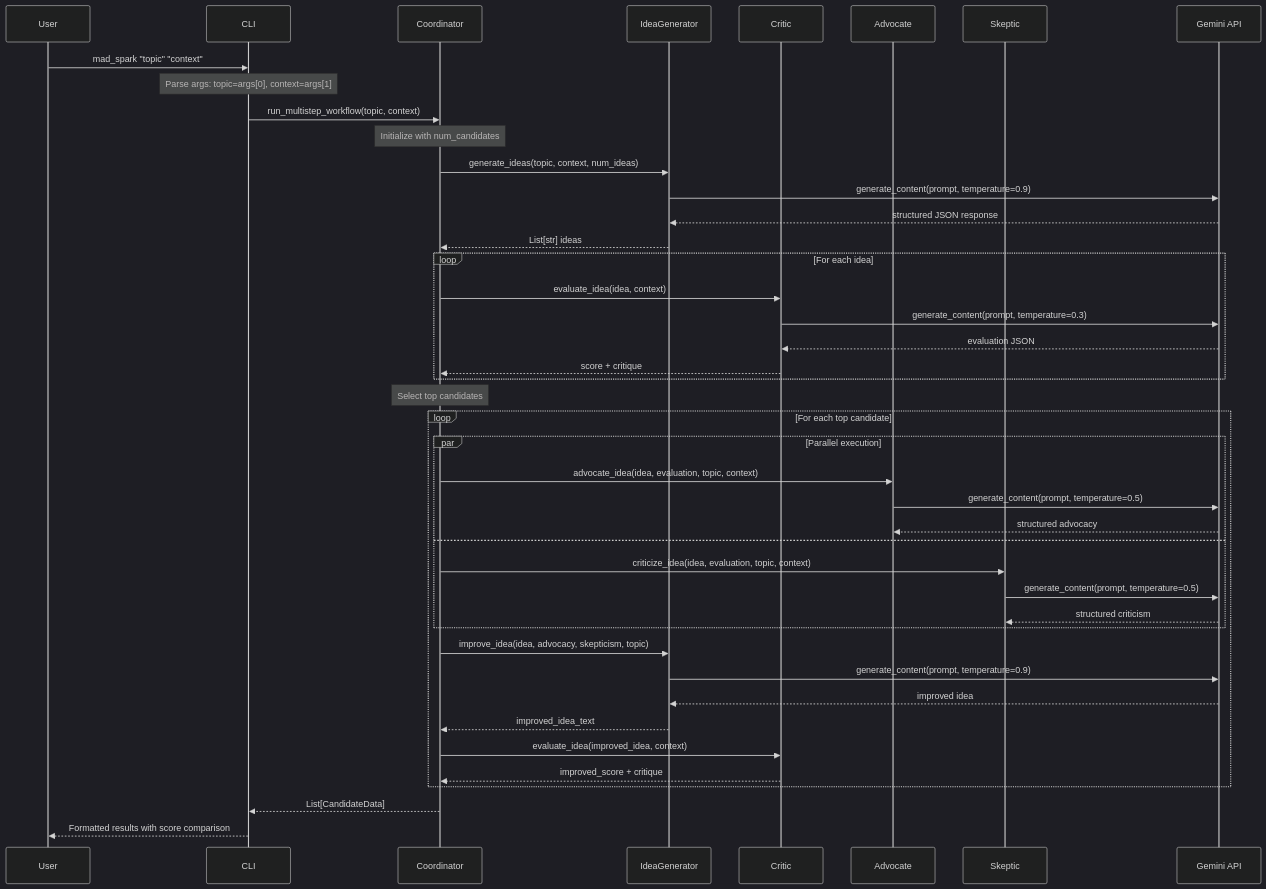
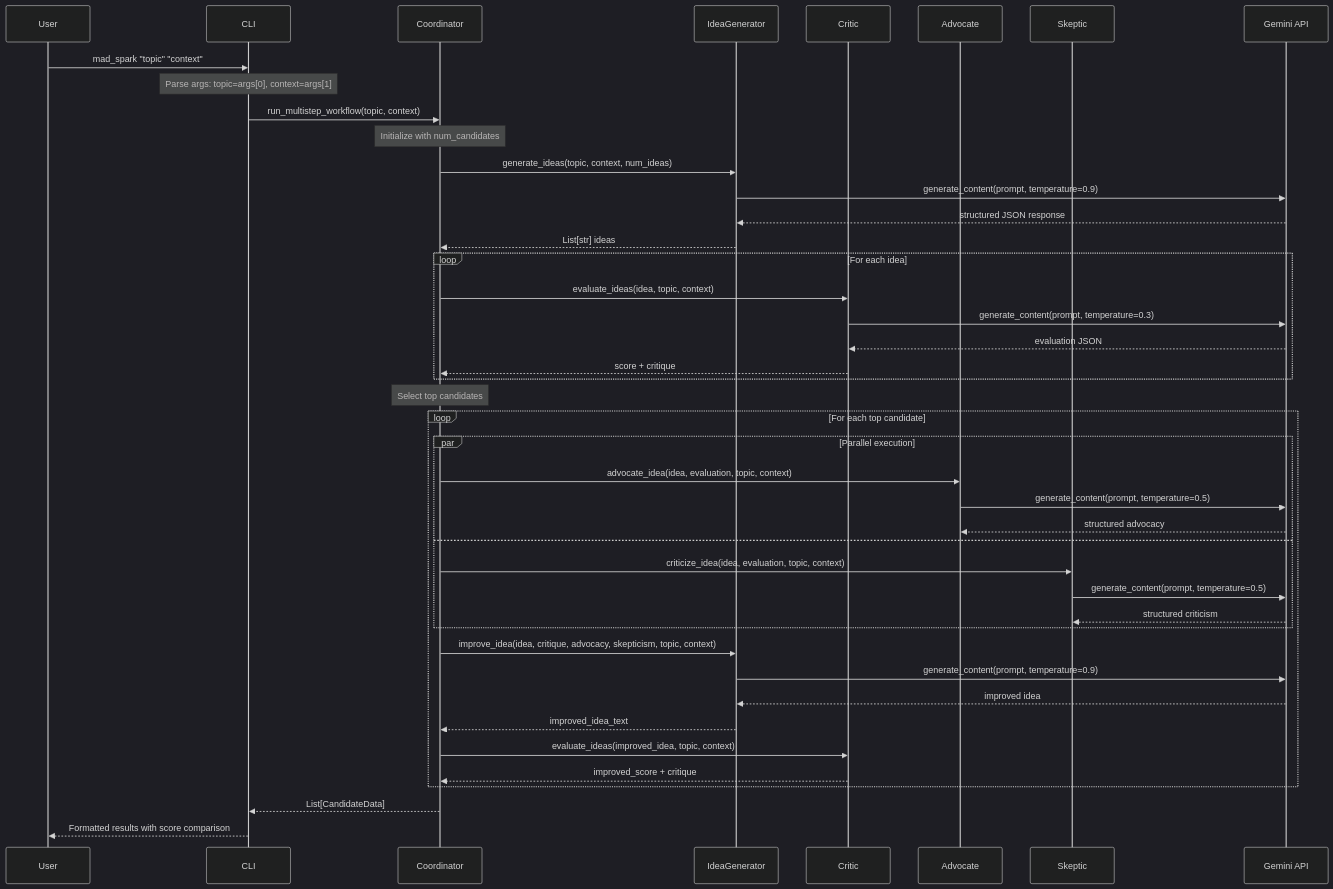
Before and after one commit to TheIllusionOfLife/Eureka: the diagram in docs/ARCHITECTURE.md, drawn with Mermaid (dark theme). The commit also changed other lines of this file and 18 other files, not shown here.

First line of the commit message:
fix: standardize all agent functions to use both topic and context parameters

````diff
--- a/docs/ARCHITECTURE.md
+++ b/docs/ARCHITECTURE.md
@@ -102,54 +102,54 @@
 ```mermaid
 sequenceDiagram
     participant User
     participant CLI
     participant Coordinator
     participant IdeaGen as IdeaGenerator
     participant Critic
     participant Advocate
     participant Skeptic
     participant GeminiAPI as Gemini API
 
     User->>CLI: mad_spark "topic" "context"
     Note over CLI: Parse args: topic=args[0], context=args[1]
     
     CLI->>Coordinator: run_multistep_workflow(topic, context)
     Note over Coordinator: Initialize with num_candidates
     
     Coordinator->>IdeaGen: generate_ideas(topic, context, num_ideas)
     IdeaGen->>GeminiAPI: generate_content(prompt, temperature=0.9)
     GeminiAPI-->>IdeaGen: structured JSON response
     IdeaGen-->>Coordinator: List[str] ideas
     
     loop For each idea
-        Coordinator->>Critic: evaluate_idea(idea, context)
+        Coordinator->>Critic: evaluate_ideas(idea, topic, context)
         Critic->>GeminiAPI: generate_content(prompt, temperature=0.3)
         GeminiAPI-->>Critic: evaluation JSON
         Critic-->>Coordinator: score + critique
     end
     
     Note over Coordinator: Select top candidates
     
     loop For each top candidate
         par Parallel execution
             Coordinator->>Advocate: advocate_idea(idea, evaluation, topic, context)
             Advocate->>GeminiAPI: generate_content(prompt, temperature=0.5)
             GeminiAPI-->>Advocate: structured advocacy
         and
             Coordinator->>Skeptic: criticize_idea(idea, evaluation, topic, context)
             Skeptic->>GeminiAPI: generate_content(prompt, temperature=0.5)
             GeminiAPI-->>Skeptic: structured criticism
         end
         
-        Coordinator->>IdeaGen: improve_idea(idea, advocacy, skepticism, topic)
+        Coordinator->>IdeaGen: improve_idea(idea, critique, advocacy, skepticism, topic, context)
         IdeaGen->>GeminiAPI: generate_content(prompt, temperature=0.9)
         GeminiAPI-->>IdeaGen: improved idea
         IdeaGen-->>Coordinator: improved_idea_text
         
-        Coordinator->>Critic: evaluate_idea(improved_idea, context)
+        Coordinator->>Critic: evaluate_ideas(improved_idea, topic, context)
         Critic-->>Coordinator: improved_score + critique
     end
     
     Coordinator-->>CLI: List[CandidateData]
     CLI-->>User: Formatted results with score comparison
 ```
````
